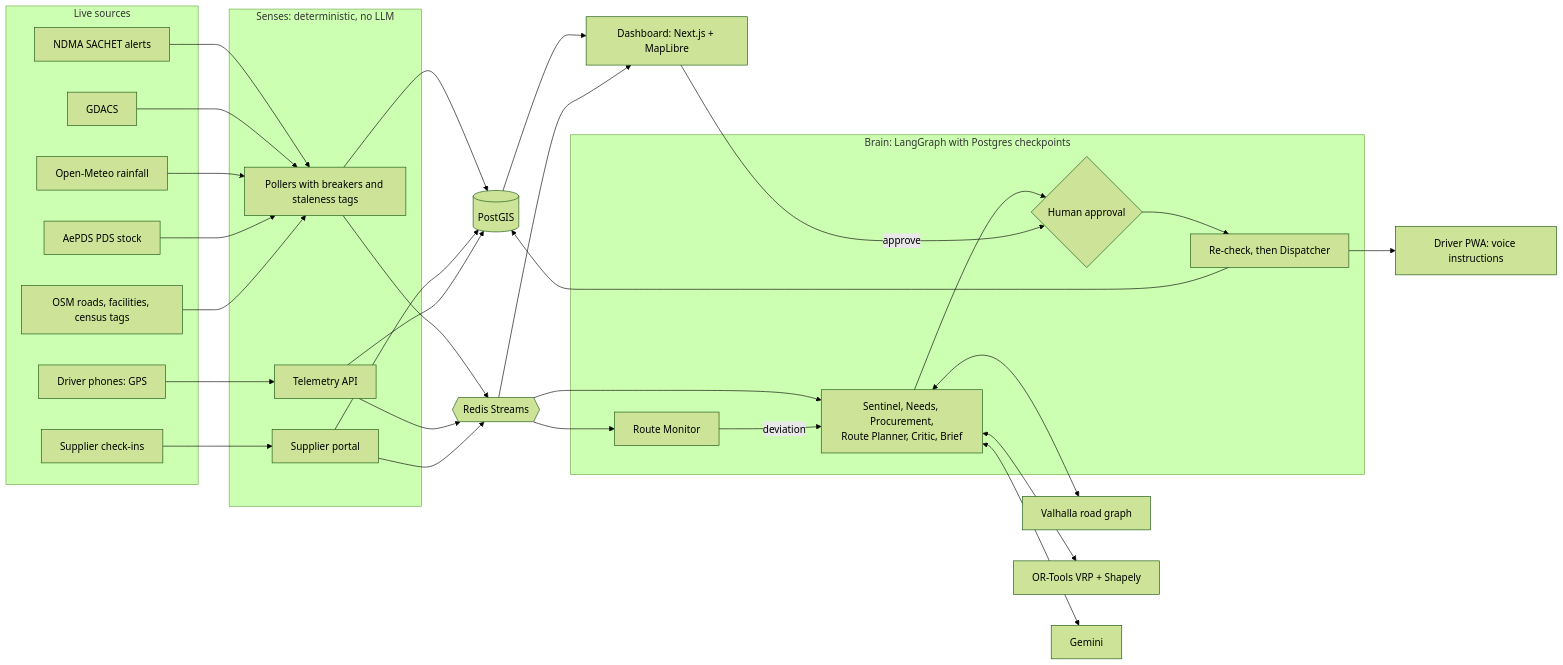
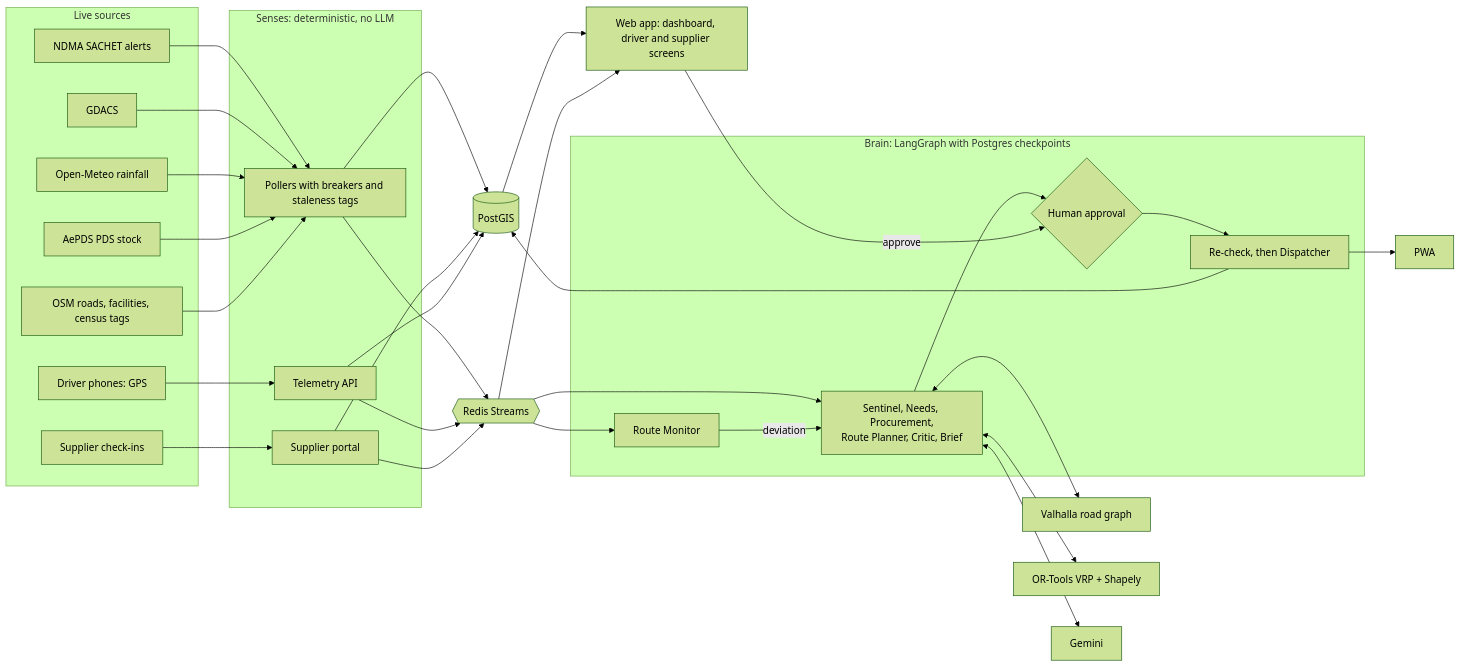
One commit to Dracula-5/SafePassage changed the diagram in README.md. Above: the diagram before and after it, drawn with Mermaid (forest theme). The commit also changed other lines of this file and 8 other files, not shown here.

Commit message:
docs: the one web app, accounts, and contract request 004

````diff
--- a/README.md
+++ b/README.md
@@ -13,45 +13,44 @@
 ```mermaid
 flowchart LR
   subgraph Sources[Live sources]
     S1[NDMA SACHET alerts]
     S2[GDACS]
     S3[Open-Meteo rainfall]
     S4[AePDS PDS stock]
     S5[OSM roads, facilities, census tags]
     S6[Supplier check-ins]
     S7[Driver phones: GPS]
   end
   subgraph Senses[Senses: deterministic, no LLM]
     I[Pollers with breakers and staleness tags]
     T[Telemetry API]
     P[Supplier portal]
   end
   DB[(PostGIS)]
   R{{Redis Streams}}
   subgraph Brain[Brain: LangGraph with Postgres checkpoints]
     G[Sentinel, Needs, Procurement,<br/>Route Planner, Critic, Brief]
     H{Human approval}
     V[Re-check, then Dispatcher]
     M[Route Monitor]
   end
   VH[Valhalla road graph]
   OR[OR-Tools VRP + Shapely]
   LLM[Gemini]
-  UI[Dashboard: Next.js + MapLibre]
-  PWA[Driver PWA: voice instructions]
+  UI[Web app: dashboard, driver and supplier screens]
 
   S1 & S2 & S3 & S4 & S5 --> I --> DB
   S6 --> P --> DB
   S7 --> T --> DB
   I & T & P --> R
   R --> G --> H --> V
   R --> M -->|deviation| G
   G <--> VH
   G <--> OR
   G <--> LLM
   V --> DB
   DB --> UI
   R --> UI
   V --> PWA
   UI -->|approve| H
 ```
````
